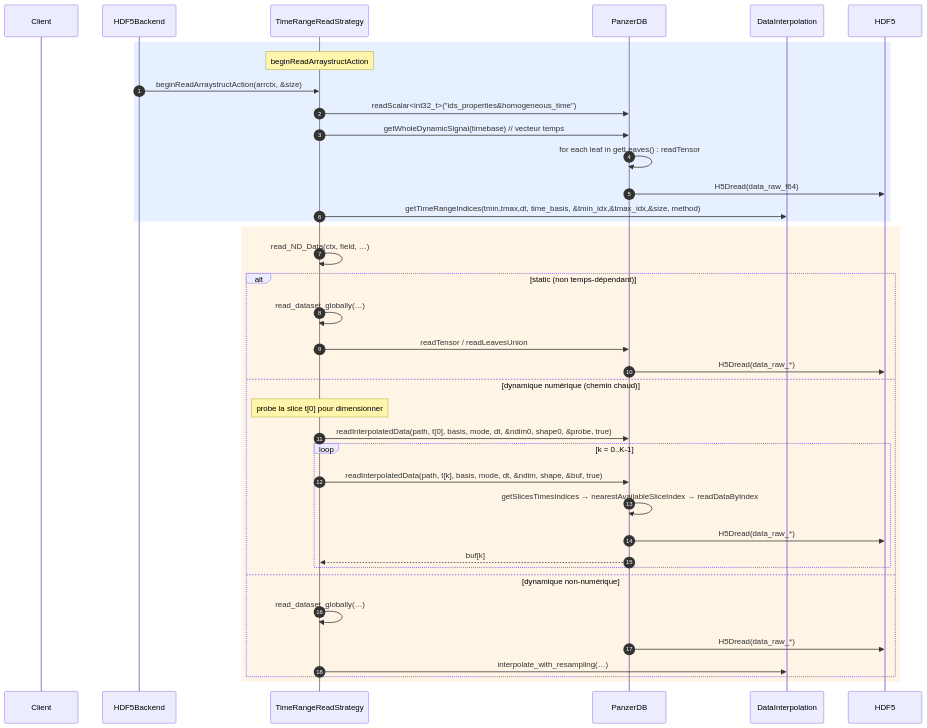
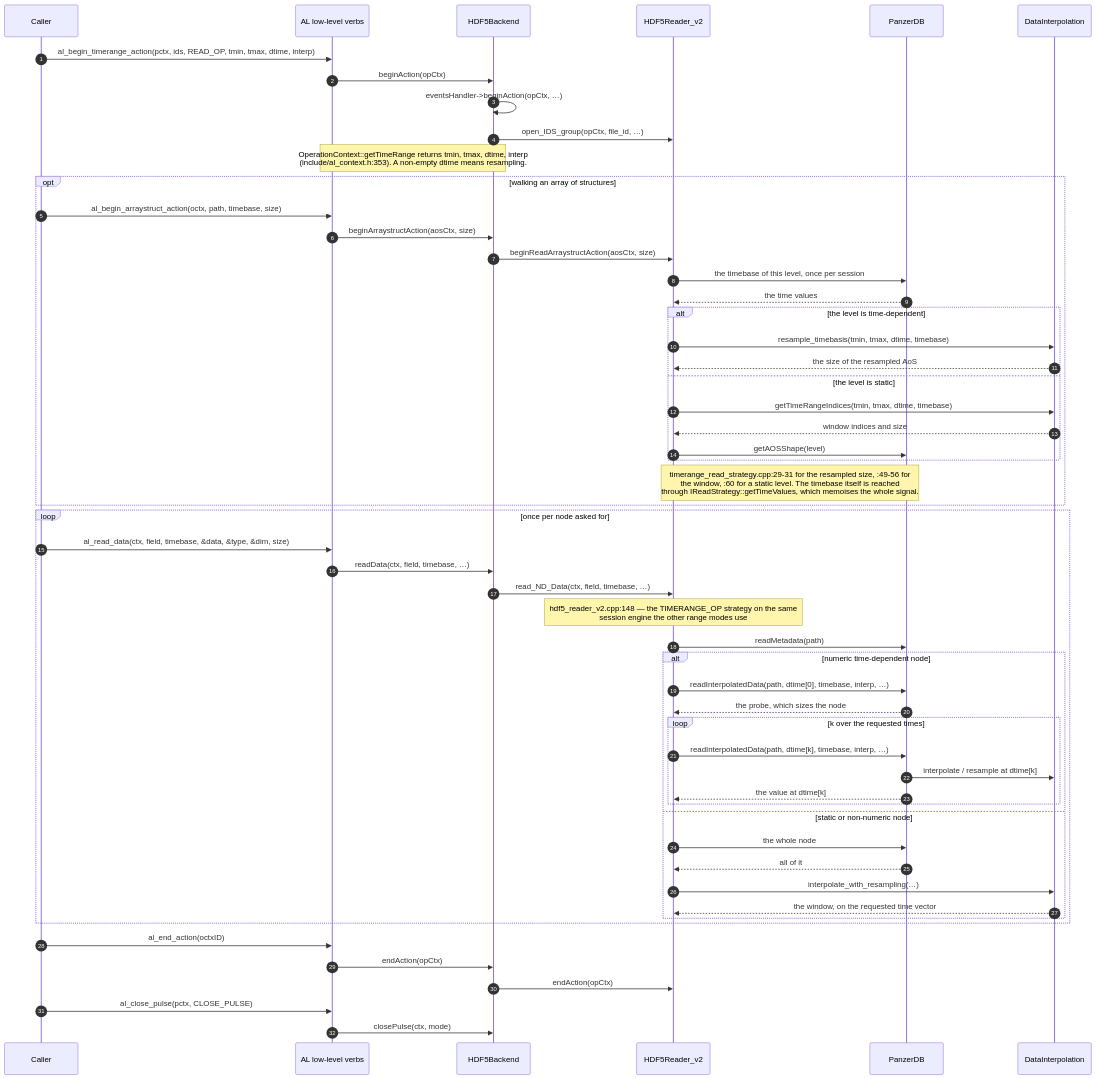
The fifth of 5 diagrams in sequences_diagrams.md (fleuryl-ai/IMAS-Core), drawn with Mermaid before and after one commit. The commit also changed other lines of this file, not shown here.

````diff
--- a/sequences_diagrams.md
+++ b/sequences_diagrams.md
@@ -168,42 +288,61 @@
 ```mermaid
 sequenceDiagram
     autonumber
-    participant Client
+    participant C as Caller
+    participant AL as AL low-level verbs
     participant BE as HDF5Backend
-    participant STRAT as TimeRangeReadStrategy
-    participant PZDB as PanzerDB
-    participant Intp as DataInterpolation
-    participant HDF5
+    participant R2 as HDF5Reader_v2
+    participant PZ as PanzerDB
+    participant IN as DataInterpolation
 
-    rect rgb(230,240,255)
-    Note over STRAT : beginReadArraystructAction
-    BE->>STRAT : beginReadArraystructAction(arrctx, &size)
-    STRAT->>PZDB : readScalar<int32_t>("ids_properties&homogeneous_time")
-    STRAT->>PZDB : getWholeDynamicSignal(timebase)  // vecteur temps
-    PZDB->>PZDB : for each leaf in getLeaves() : readTensor
-    PZDB->>HDF5 : H5Dread(data_raw_f64)
-    STRAT->>Intp : getTimeRangeIndices(tmin,tmax,dt, time_basis, &tmin_idx,&tmax_idx,&size, method)
+    C->>AL: al_begin_timerange_action(pctx, ids, READ_OP, tmin, tmax, dtime, interp)
+    AL->>BE: beginAction(opCtx)
+    BE->>BE: eventsHandler->beginAction(opCtx, …)
+    BE->>R2: open_IDS_group(opCtx, file_id, …)
+    Note over AL,BE: OperationContext::getTimeRange returns tmin, tmax, dtime, interp<br/>(include/al_context.h:353). A non-empty dtime means resampling.
+
+    opt walking an array of structures
+        C->>AL: al_begin_arraystruct_action(octx, path, timebase, size)
+        AL->>BE: beginArraystructAction(aosCtx, size)
+        BE->>R2: beginReadArraystructAction(aosCtx, size)
+        R2->>PZ: the timebase of this level, once per session
+        PZ-->>R2: the time values
+        alt the level is time-dependent
+            R2->>IN: resample_timebasis(tmin, tmax, dtime, timebase)
+            IN-->>R2: the size of the resampled AoS
+        else the level is static
+            R2->>IN: getTimeRangeIndices(tmin, tmax, dtime, timebase)
+            IN-->>R2: window indices and size
+            R2->>PZ: getAOSShape(level)
+        end
+        Note over R2,PZ: timerange_read_strategy.cpp:29-31 for the resampled size, :49-56 for<br/>the window, :60 for a static level. The timebase itself is reached<br/>through IReadStrategy::getTimeValues, which memoises the whole signal.
     end
 
-    rect rgb(255,245,230)
-    STRAT->>STRAT : read_ND_Data(ctx, field, …)
-    alt static (non temps-dépendant)
-        STRAT->>STRAT : read_dataset_globally(…)
-        STRAT->>PZDB : readTensor / readLeavesUnion
-        PZDB->>HDF5 : H5Dread(data_raw_*)
-    else dynamique numérique (chemin chaud)
-        Note over STRAT : probe la slice t[0] pour dimensionner
-        STRAT->>PZDB : readInterpolatedData(path, t[0], basis, mode, dt, &ndim0, shape0, &probe, true)
-        loop k = 0..K-1
-            STRAT->>PZDB : readInterpolatedData(path, t[k], basis, mode, dt, &ndim, shape, &buf, true)
-            PZDB->>PZDB : getSlicesTimesIndices → nearestAvailableSliceIndex → readDataByIndex
-            PZDB->>HDF5 : H5Dread(data_raw_*)
-            PZDB-->>STRAT : buf[k]
+    loop once per node asked for
+        C->>AL: al_read_data(ctx, field, timebase, &data, &type, &dim, size)
+        AL->>BE: readData(ctx, field, timebase, …)
+        BE->>R2: read_ND_Data(ctx, field, timebase, …)
+        Note over R2: hdf5_reader_v2.cpp:148 — the TIMERANGE_OP strategy on the same<br/>session engine the other range modes use
+        R2->>PZ: readMetadata(path)
+        alt numeric time-dependent node
+            R2->>PZ: readInterpolatedData(path, dtime[0], timebase, interp, …)
+            PZ-->>R2: the probe, which sizes the node
+            loop k over the requested times
+                R2->>PZ: readInterpolatedData(path, dtime[k], timebase, interp, …)
+                PZ->>IN: interpolate / resample at dtime[k]
+                PZ-->>R2: the value at dtime[k]
+            end
+        else static or non-numeric node
+            R2->>PZ: the whole node
+            PZ-->>R2: all of it
+            R2->>IN: interpolate_with_resampling(…)
+            IN-->>R2: the window, on the requested time vector
         end
-    else dynamique non-numérique
-        STRAT->>STRAT : read_dataset_globally(…)
-        PZDB->>HDF5 : H5Dread(data_raw_*)
-        STRAT->>Intp : interpolate_with_resampling(…)
     end
-    end
+
+    C->>AL: al_end_action(octxID)
+    AL->>BE: endAction(opCtx)
+    BE->>R2: endAction(opCtx)
+    C->>AL: al_close_pulse(pctx, CLOSE_PULSE)
+    AL->>BE: closePulse(ctx, mode)
 ```
````
